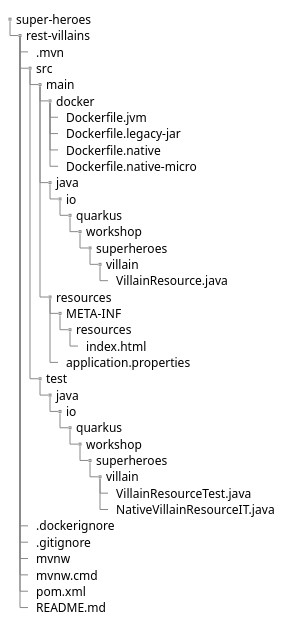
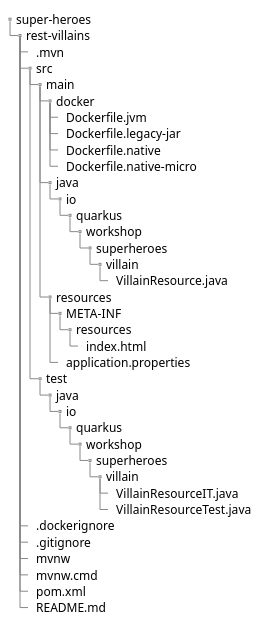
One commit to quarkusio/quarkus-workshops changed the diagram in quarkus-workshop-super-heroes/docs/src/docs/asciidoc/1-rest/rest-bootstrapping.adoc. Above: the diagram before and after it, drawn with PlantUML. The commit also changed other lines of this file and 6 other files, not shown here.

```diff
--- a/quarkus-workshop-super-heroes/docs/src/docs/asciidoc/1-rest/rest-bootstrapping.adoc
+++ b/quarkus-workshop-super-heroes/docs/src/docs/asciidoc/1-rest/rest-bootstrapping.adoc
@@ -46,47 +46,47 @@
 [plantuml]
 ----
 @startsalt
 {
 {
 T
 super-heroes
 +  rest-villains
 ++  .mvn
 ++  src
 +++  main
 ++++  docker
 +++++  Dockerfile.jvm
 +++++  Dockerfile.legacy-jar
 +++++  Dockerfile.native
 +++++  Dockerfile.native-micro
 ++++  java
 +++++  io
 ++++++  quarkus
 +++++++  workshop
 ++++++++  superheroes
 +++++++++  villain
 ++++++++++  VillainResource.java
 ++++  resources
 +++++  META-INF
 ++++++  resources
 +++++++  index.html
 +++++  application.properties
 +++  test
 ++++  java
 +++++  io
 ++++++  quarkus
 +++++++  workshop
 ++++++++  superheroes
 +++++++++  villain
+++++++++++  VillainResourceIT.java
 ++++++++++  VillainResourceTest.java
-++++++++++  NativeVillainResourceIT.java
 ++  .dockerignore
 ++  .gitignore
 ++  mvnw
 ++  mvnw.cmd
 ++  pom.xml
 ++  README.md
 }
 }
 @endsalt
 ----
```
